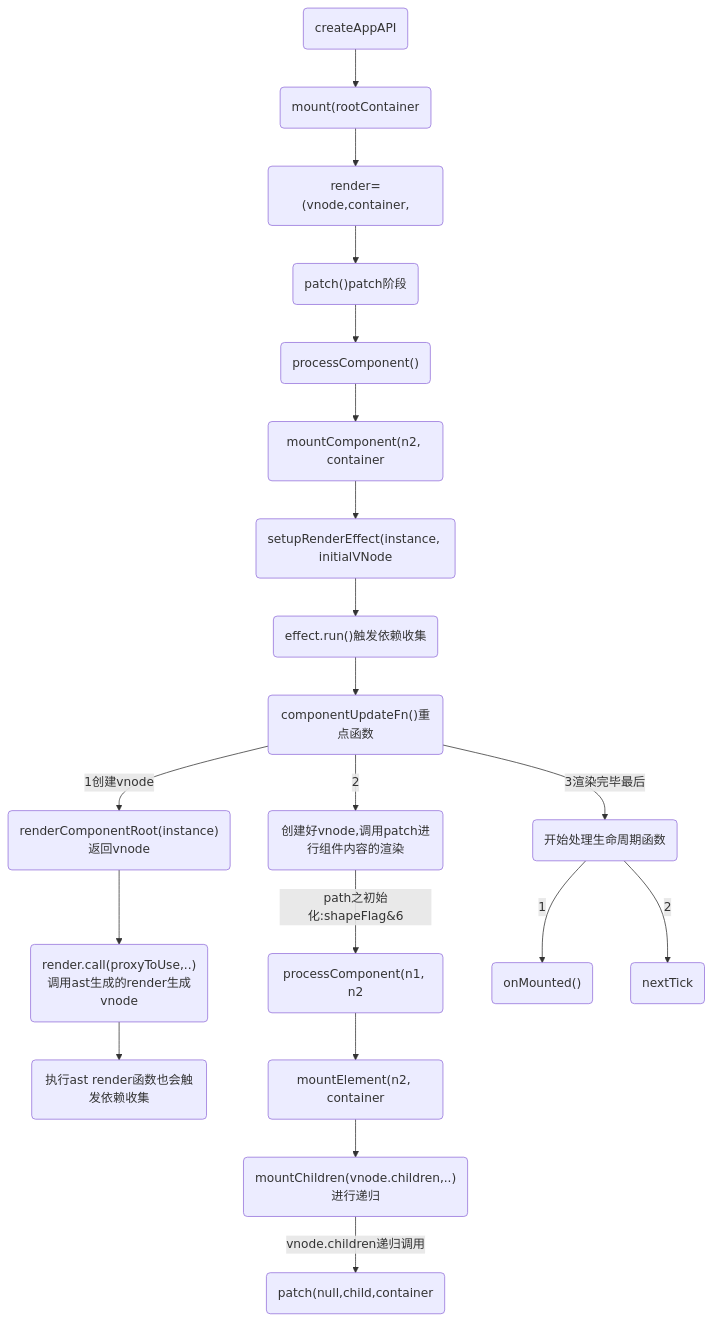
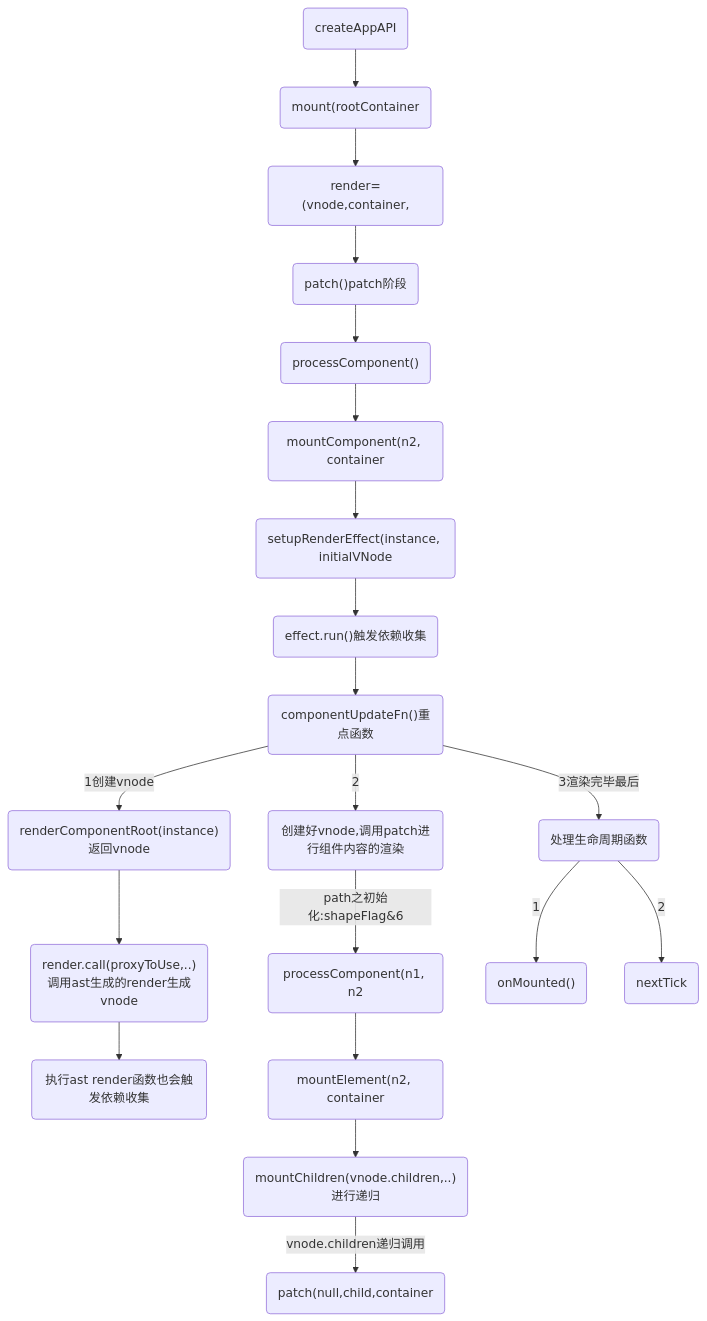
Before and after one commit to huiruo/programming-technology: the second of 5 diagrams in 01-react-vue异同.md, drawn with Mermaid. The commit also changed other lines of this file, not shown here.

````diff
--- a/01-react-vue异同.md
+++ b/01-react-vue异同.md
@@ -60,22 +59,22 @@
 ```mermaid
 flowchart TD
 A1("createAppAPI")-->A2("mount(rootContainer")-->A3("render=(vnode,container,")-->A4("patch()patch阶段")-->B1
 
 B1("processComponent()")-->B2("mountComponent(n2, container")-->B3("setupRenderEffect(instance, initialVNode")-->C1
 
 C1("effect.run()触发依赖收集")-->C2("componentUpdateFn()重点函数")--1创建vnode-->C3("renderComponentRoot(instance)返回vnode")-->C4
 
 C4("render.call(proxyToUse,..)调用ast生成的render生成vnode")-->C41("执行ast render函数也会触发依赖收集")
 
 C2--2-->D1("创建好vnode,调用patch进行组件内容的渲染")--path之初始化:shapeFlag&6-->D12("processComponent(n1, n2")-->D2("mountElement(n2, container")
 
 %% mountComponent--1-->D21("createComponentInstance创建实例")
 %% mountComponent--2-->D22("setupComponent设置组件实例")
 %% mountComponent--3-->D23("setupRenderEffect,执行依赖收集")
 
 D2-->D3("mountChildren(vnode.children,..)进行递归")--vnode.children递归调用-->D5("patch(null,child,container")
 
-C2--3渲染完毕最后-->E1("开始处理生命周期函数")--1-->E21("onMounted()")
+C2--3渲染完毕最后-->E1("处理生命周期函数")--1-->E21("onMounted()")
 
 E1--2-->E2(nextTick)
 ```
````
